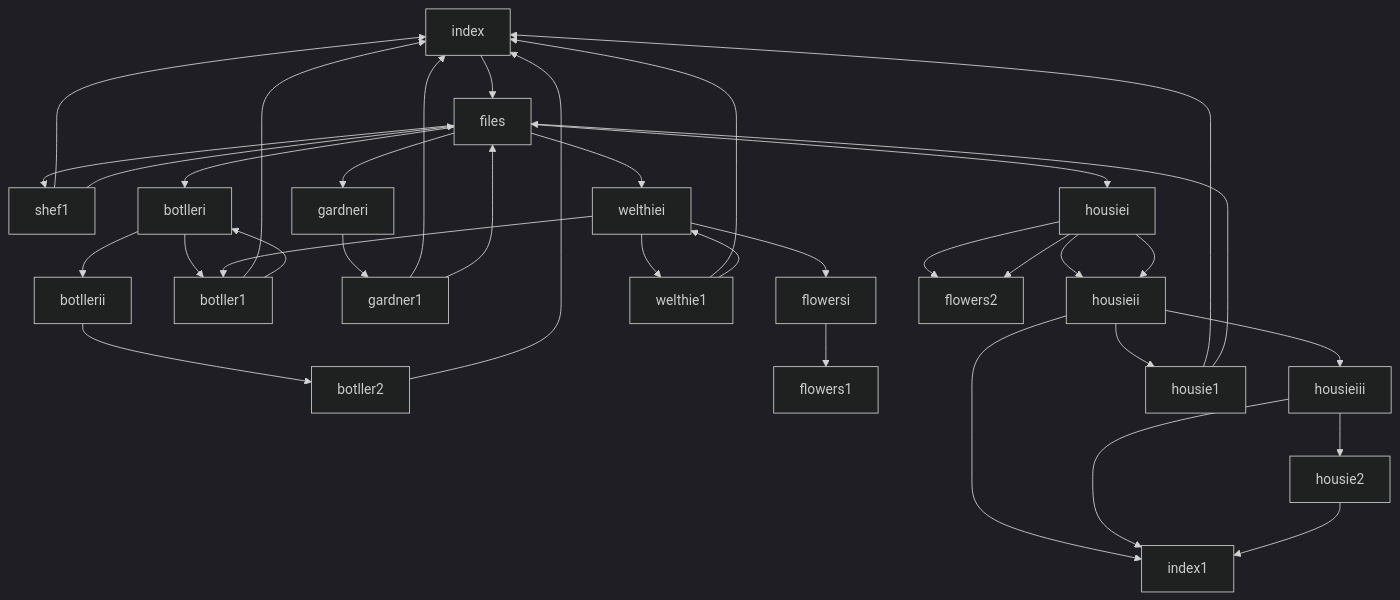
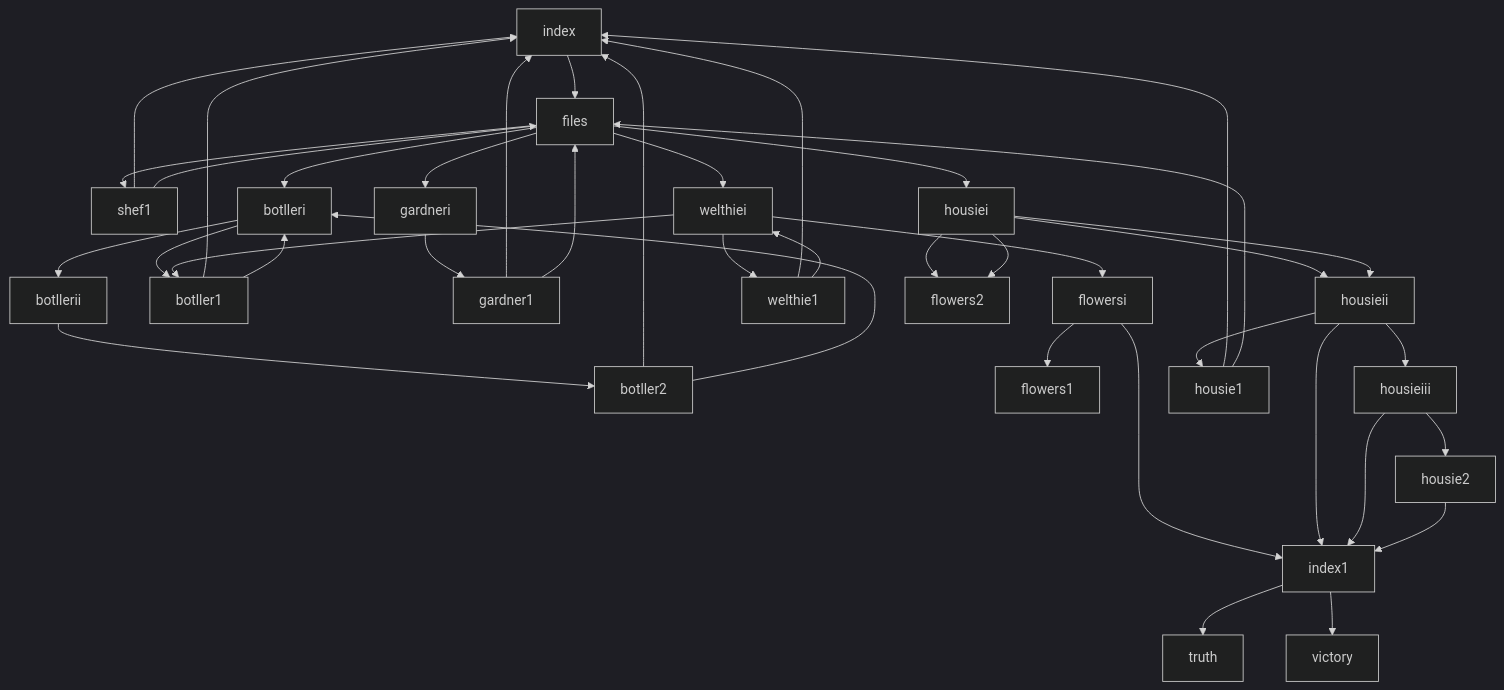
Before and after one commit to rgbhsl/detective-flowers: the diagram in README.md, drawn with Mermaid (dark theme).

````diff
--- a/README.md
+++ b/README.md
@@ -18,39 +18,43 @@
 ```mermaid
 
 graph TD;
     index --> files
     files --> shef1 & gardneri & housiei & botlleri & welthiei
 
 %%Shef, 1 ending
     shef1 --> index & files
 
 %%Botller, 2 endings
     botlleri --> botllerii & botller1
     botllerii --> botller2
     botller1 --> index & botlleri
-    botller2 --> index
+    botller2 --> index & botlleri
 
 %%Gardner, 1 ending
     gardneri --> gardner1
     gardner1 --> index & files
 
 %%Welthie, 1 ending
     welthiei --> flowersi & welthie1 & botller1
     welthie1 --> index & welthiei
 
 %%Flowers, 2 endings + 1 index ending
-    flowersi --> flowers1
+    flowersi --> flowers1 & index1
     housiei --> housieii & flowers2
 
 
 %%Housie, 2 endings + 1 index ending
     housiei --> housieii & flowers2
     housieii --> index1 & housieiii & housie1
     housieiii --> index1 & housie2
     housie1 --> index & files
     housie2 --> index1
+
+%%Index (2 secret endings)
+ index1 --> truth & victory
+
     
 
 
 
 ```
````
